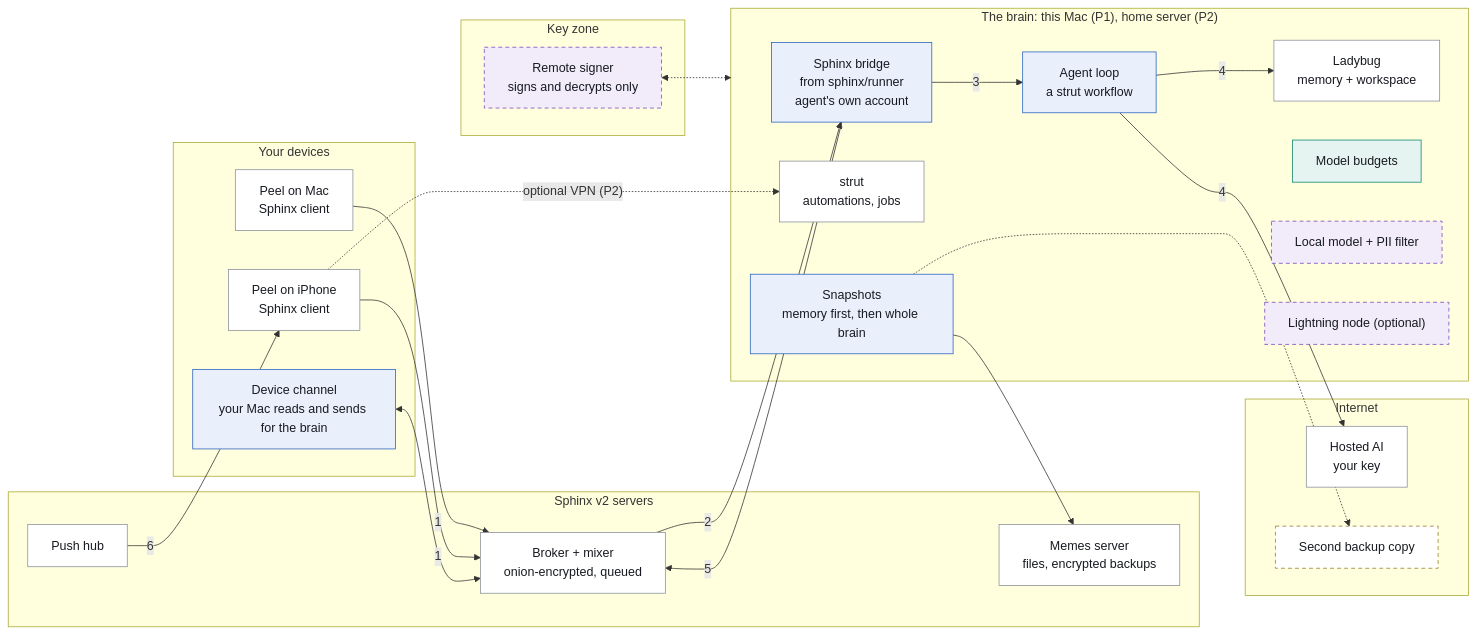
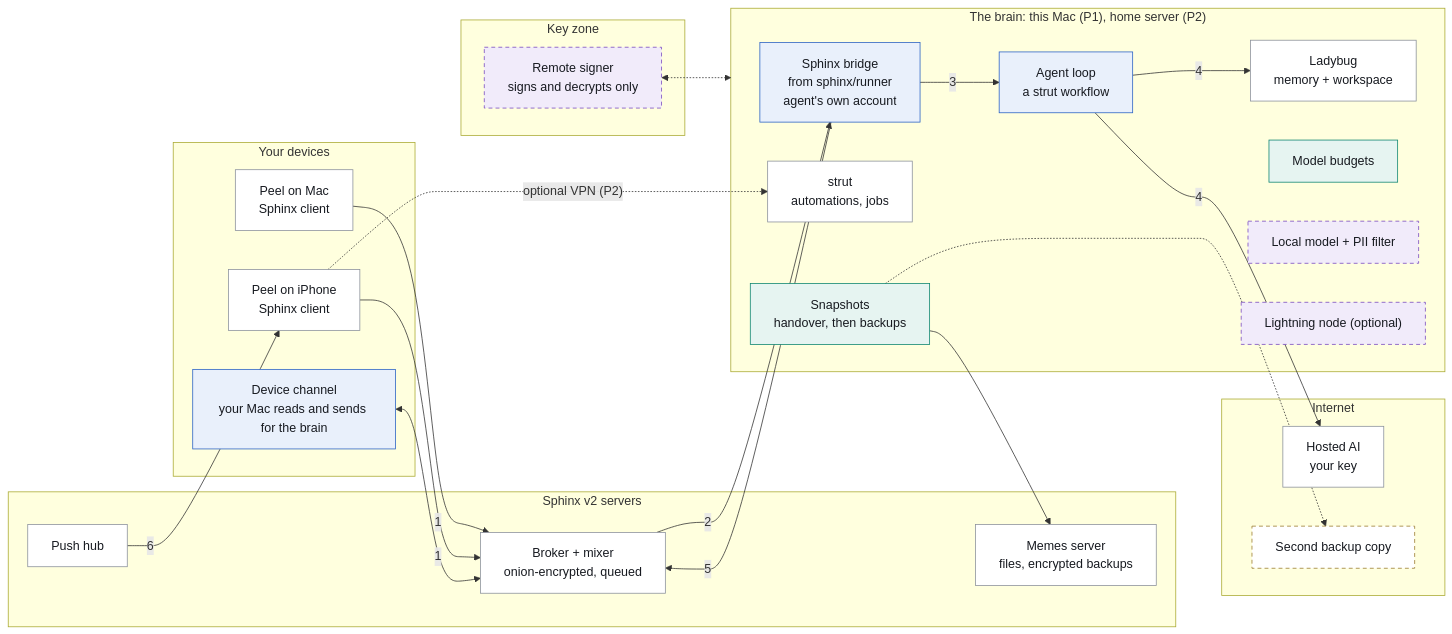
The diagram in docs/end-state.md (stakwork/peel), drawn with Mermaid before and after one commit. The commit also changed other lines of this file and 1 other file, not shown here.

Commit message:
Docs: phase milestones; backups move to Phase 2

````diff
--- a/docs/end-state.md
+++ b/docs/end-state.md
@@ -22,48 +22,48 @@
 ```mermaid
 flowchart LR
   subgraph Devices["Your devices"]
     Mac["Peel on Mac<br/>Sphinx client"]:::built
     Phone["Peel on iPhone<br/>Sphinx client"]:::built
     Chan["Device channel<br/>your Mac reads and sends for the brain"]:::p1
   end
   subgraph Sphinx["Sphinx v2 servers"]
     Broker["Broker + mixer<br/>onion-encrypted, queued"]:::built
     Hub["Push hub"]:::built
     Memes["Memes server<br/>files, encrypted backups"]:::built
   end
   subgraph Brain["The brain: this Mac (P1), home server (P2)"]
     Bridge["Sphinx bridge<br/>from sphinx/runner<br/>agent's own account"]:::p1
     Loop["Agent loop<br/>a strut workflow"]:::p1
     Strut["strut<br/>automations, jobs"]:::built
     Lady["Ladybug<br/>memory + workspace"]:::built
-    Snap["Snapshots<br/>memory first, then whole brain"]:::p1
+    Snap["Snapshots<br/>handover, then backups"]:::p2
     Budget["Model budgets"]:::p2
     Local["Local model + PII filter"]:::p3
     LN["Lightning node (optional)"]:::p3
   end
   subgraph Net["Internet"]
     AI["Hosted AI<br/>your key"]:::built
     Copy2["Second backup copy"]:::open
   end
   subgraph Keys["Key zone"]
     Signer["Remote signer<br/>signs and decrypts only"]:::p3
   end
   Mac -- "1" --> Broker
   Phone -- "1" --> Broker
   Broker -- "2" --> Bridge
   Bridge -- "3" --> Loop
   Loop -- "4" --> Lady
   Loop -- "4" --> AI
   Bridge -- "5" --> Broker
   Hub -- "6" --> Phone
   Chan <--> Broker
   Snap --> Memes
   Snap -.-> Copy2
   Signer <-.-> Brain
   Phone -.->|"optional VPN (P2)"| Strut
   classDef built fill:#ffffff,stroke:#8b919c,color:#171a20
   classDef p1 fill:#e9f0fb,stroke:#2a62c4,color:#171a20
   classDef p2 fill:#e6f4f1,stroke:#0e8571,color:#171a20
   classDef p3 fill:#f1ebfa,stroke:#7748c0,color:#171a20,stroke-dasharray:5 4
   classDef open fill:#ffffff,stroke:#9a7b2e,color:#171a20,stroke-dasharray:5 4
 ```
````
